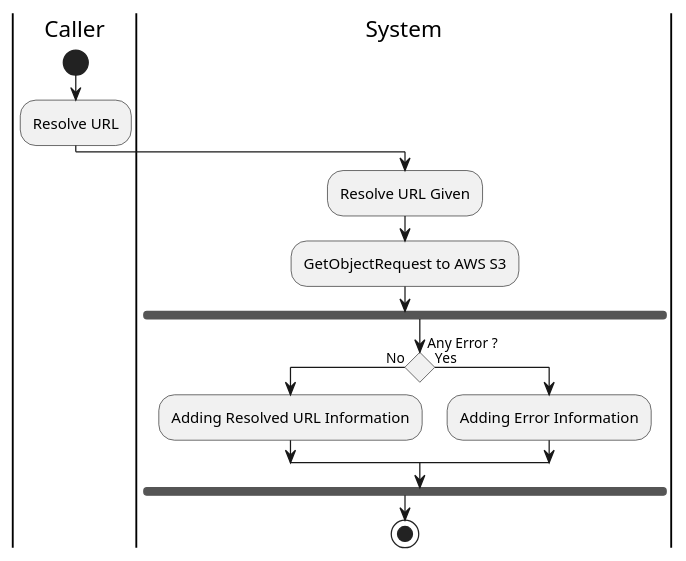
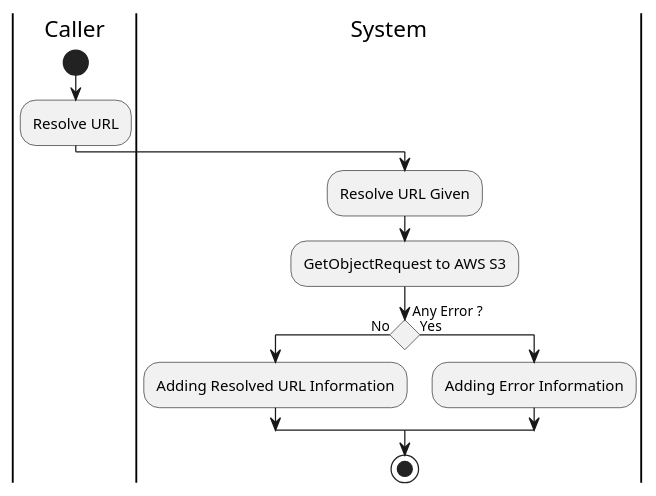
One commit to fwidjaya20/fazzlearning-uml changed the diagram in Activity/Release01/Resolve.wsd. Above: the diagram before and after it, drawn with PlantUML. The commit also changed 59 other files, not shown here.

```diff
--- a/Activity/Release01/Resolve.wsd
+++ b/Activity/Release01/Resolve.wsd
@@ -1,23 +1,22 @@
 @startuml Resolve
 
 skinparam ConditionEndStyle hline
 skinparam conditionStyle diamond
 skinparam Monochrome true
 skinparam Shadowing false
 
 |Caller|
 start
 :Resolve URL;
 
 |System|
 :Resolve URL Given;
 :GetObjectRequest to AWS S3;
-fork
-    if (Any Error ?) then (No)
-        :Adding Resolved URL Information;
-    else (Yes)
-        :Adding Error Information;
-    endif
-endfork
+if (Any Error ?) then (No)
+    :Adding Resolved URL Information;
+else (Yes)
+    :Adding Error Information;
+endif
 stop
+
 @enduml
```
